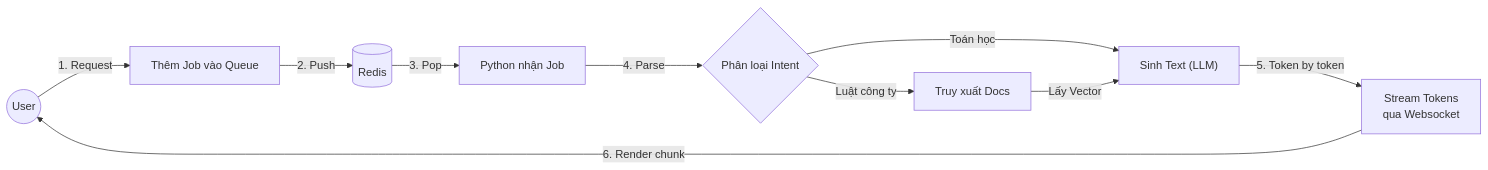
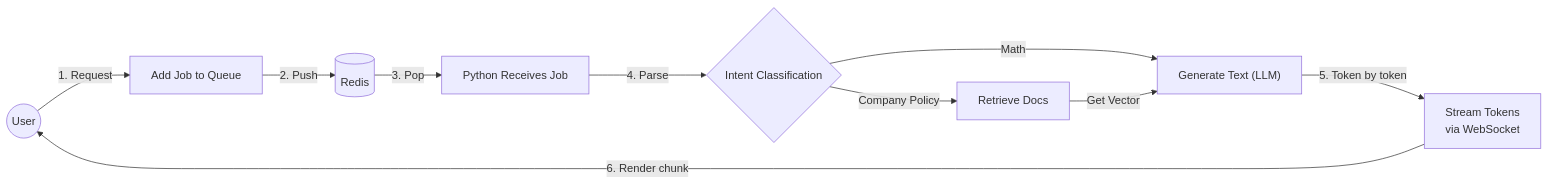
Before and after one commit to 2imyuH/RAG_LLM_ChatBot: the second of 3 diagrams in README.md, drawn with Mermaid. The commit also changed other lines of this file, not shown here.

````diff
--- a/README.md
+++ b/README.md
@@ -54,23 +54,23 @@
 ```mermaid
 graph LR
     USER((User))
-    API["Thêm Job vào Queue"]
+    API["Add Job to Queue"]
     REDIS[("Redis")]
-    WORKER["Python nhận Job"]
-    ROUTER{"Phân loại Intent"}
-    QA["Truy xuất Docs"]
-    LLM["Sinh Text (LLM)"]
-    SOCKET["Stream Tokens<br>qua Websocket"]
+    WORKER["Python Receives Job"]
+    ROUTER{"Intent Classification"}
+    QA["Retrieve Docs"]
+    LLM["Generate Text (LLM)"]
+    SOCKET["Stream Tokens<br>via WebSocket"]
 
     USER -->|1. Request| API
     API -->|2. Push| REDIS
     REDIS -->|3. Pop| WORKER
     WORKER -->|4. Parse| ROUTER
     
-    ROUTER -->|Toán học| LLM
-    ROUTER -->|Luật công ty| QA
+    ROUTER -->|Math| LLM
+    ROUTER -->|Company Policy| QA
     
-    QA -->|Lấy Vector| LLM
+    QA -->|Get Vector| LLM
     LLM -->|5. Token by token| SOCKET
     SOCKET -->|6. Render chunk| USER
 ```
````
